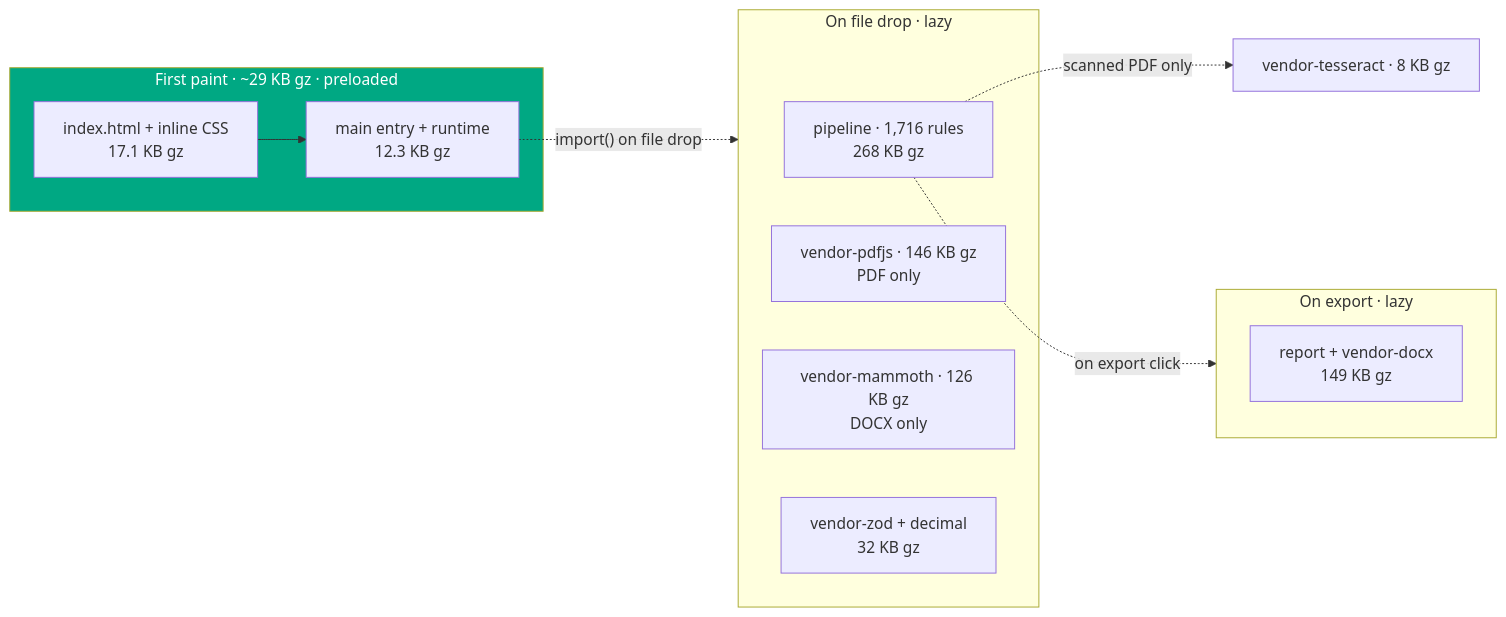
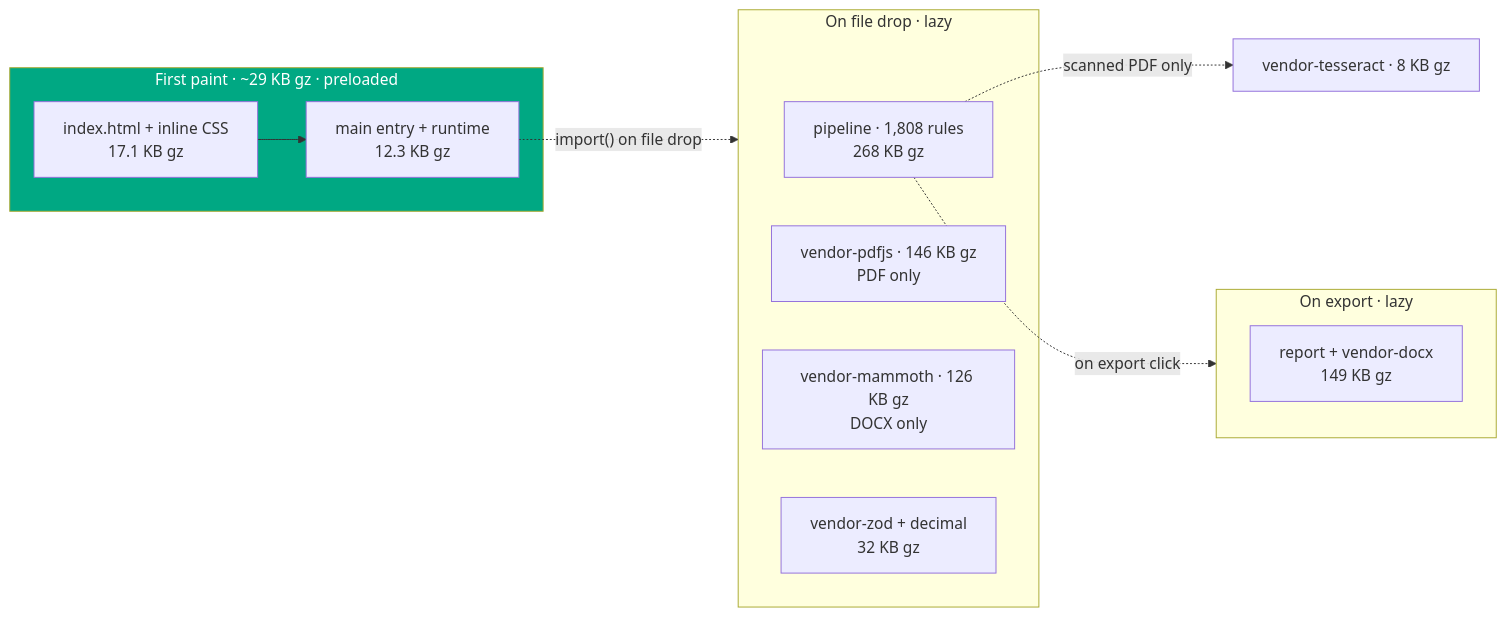
The tenth of 11 diagrams in README.md (clay-good/vaulytica), drawn with Mermaid before and after one commit. The commit also changed other lines of this file and 41 other files, not shown here.

````diff
--- a/README.md
+++ b/README.md
@@ -1271,19 +1272,19 @@
 ```mermaid
 flowchart LR
   subgraph FP["First paint · ~29 KB gz · preloaded"]
     H[index.html + inline CSS<br/>17.1 KB gz] --> M[main entry + runtime<br/>12.3 KB gz]
   end
   M -. "import() on file drop" .-> DROP
   subgraph DROP["On file drop · lazy"]
-    P[pipeline · 1,716 rules<br/>268 KB gz]
+    P[pipeline · 1,808 rules<br/>268 KB gz]
     PDF[vendor-pdfjs · 146 KB gz<br/>PDF only]
     DOCXIN[vendor-mammoth · 126 KB gz<br/>DOCX only]
     Z[vendor-zod + decimal<br/>32 KB gz]
   end
   P -. "on export click" .-> EXP
   subgraph EXP["On export · lazy"]
     RPT[report + vendor-docx<br/>149 KB gz]
   end
   P -. "scanned PDF only" .-> OCR[vendor-tesseract · 8 KB gz]
   style FP fill:#00A883,color:#fff
 ```
````
